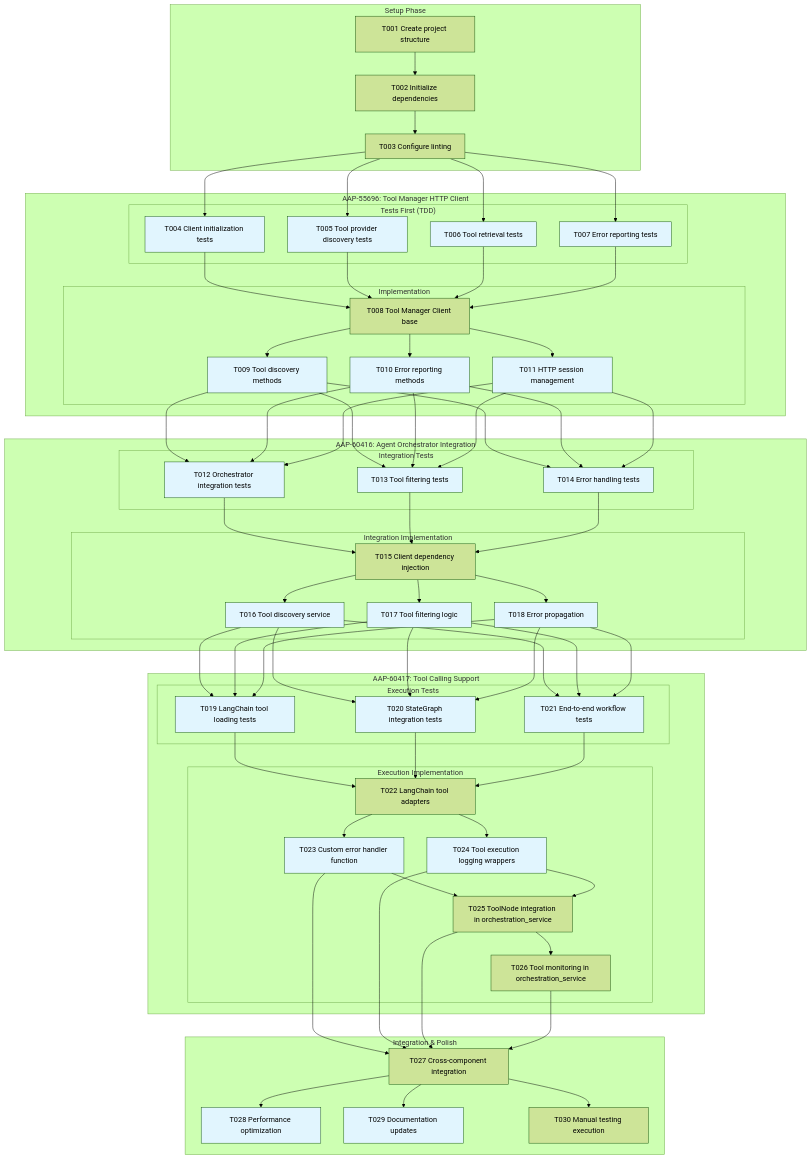
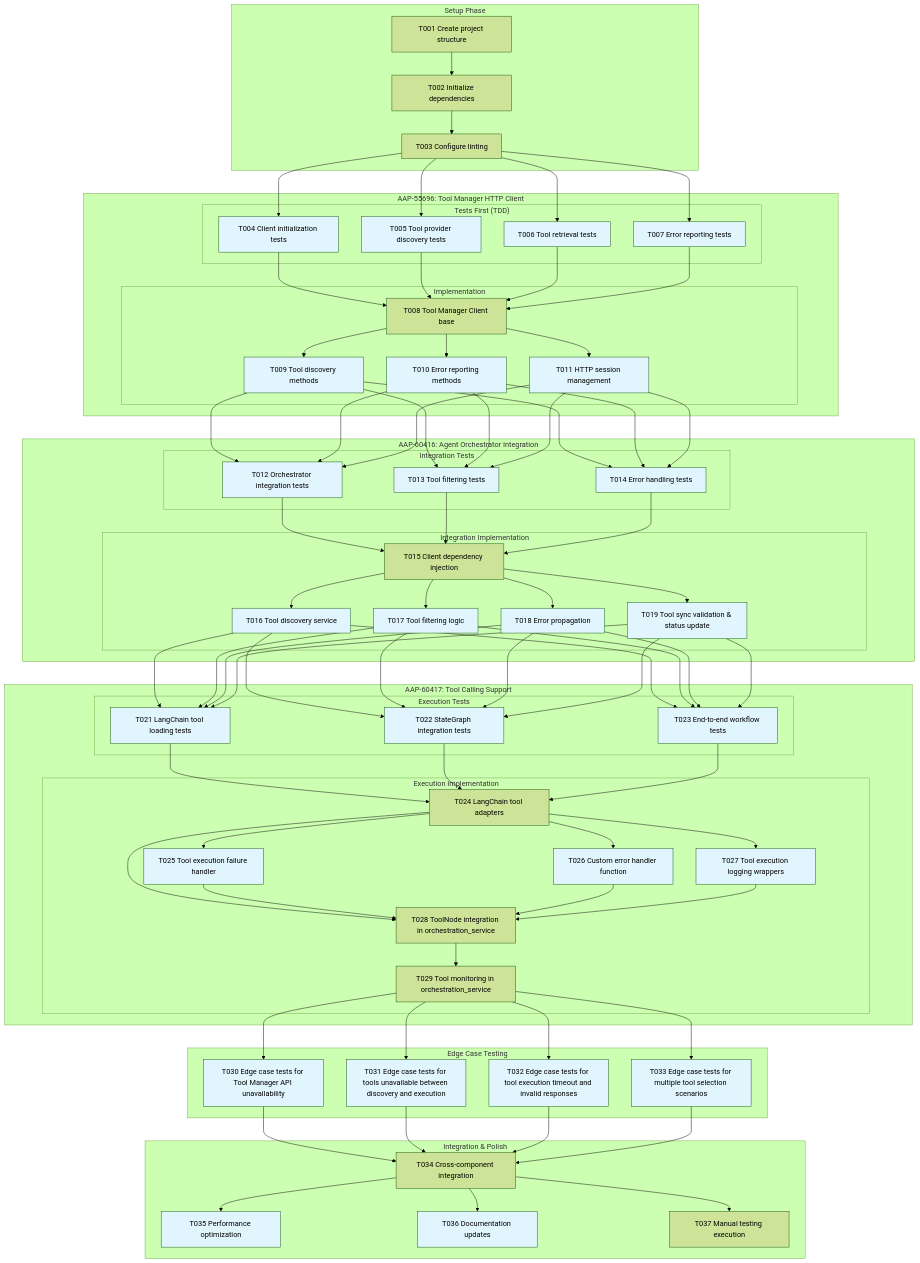
One commit to alinabuzachis/syntara changed the diagram in specs/020-agentic-task-execution/tasks.md. Above: the diagram before and after it, drawn with Mermaid (forest theme). The commit also changed other lines of this file and 4 other files, not shown here.

First line of the commit message:
docs: Update ToolManager integration specs for LangChain MCP client (#265)

````diff
--- a/specs/020-agentic-task-execution/tasks.md
+++ b/specs/020-agentic-task-execution/tasks.md
@@ -41,30 +41,39 @@
             T016[T016 Tool discovery service]
             T017[T017 Tool filtering logic]
             T018[T018 Error propagation]
+            T019[T019 Tool sync validation & status update]
         end
     end
 
     subgraph "AAP-60417: Tool Calling Support"
         subgraph "Execution Tests"
-            T019[T019 LangChain tool loading tests]
-            T020[T020 StateGraph integration tests]
-            T021[T021 End-to-end workflow tests]
+            T021[T021 LangChain tool loading tests]
+            T022[T022 StateGraph integration tests]
+            T023[T023 End-to-end workflow tests]
         end
 
         subgraph "Execution Implementation"
-            T022[T022 LangChain tool adapters]
-            T023[T023 Custom error handler function]
-            T024[T024 Tool execution logging wrappers]
-            T025[T025 ToolNode integration in orchestration_service]
-            T026[T026 Tool monitoring in orchestration_service]
+            T024[T024 LangChain tool adapters]
+            T025[T025 Tool execution failure handler]
+            T026[T026 Custom error handler function]
+            T027[T027 Tool execution logging wrappers]
+            T028[T028 ToolNode integration in orchestration_service]
+            T029[T029 Tool monitoring in orchestration_service]
         end
     end
 
+    subgraph "Edge Case Testing"
+        T030[T030 Edge case tests for Tool Manager API unavailability]
+        T031[T031 Edge case tests for tools unavailable between discovery and execution]
+        T032[T032 Edge case tests for tool execution timeout and invalid responses]
+        T033[T033 Edge case tests for multiple tool selection scenarios]
+    end
+
     subgraph "Integration & Polish"
-        T027[T027 Cross-component integration]
-        T028[T028 Performance optimization]
-        T029[T029 Documentation updates]
-        T030[T030 Manual testing execution]
+        T034[T034 Cross-component integration]
+        T035[T035 Performance optimization]
+        T036[T036 Documentation updates]
+        T037[T037 Manual testing execution]
     end
 
     %% Dependencies
@@ -74,16 +83,17 @@
     T008 --> T009 & T010 & T011
     T009 & T010 & T011 --> T012 & T013 & T014
     T012 & T013 & T014 --> T015
-    T015 --> T016 & T017 & T018
-    T016 & T017 & T018 --> T019 & T020 & T021
-    T019 & T020 & T021 --> T022
-    T022 --> T023 & T024
-    T023 & T024 --> T025
-    T025 --> T026
-    T023 & T024 & T025 & T026 --> T027
-    T027 --> T028 & T029 & T030
+    T015 --> T016 & T017 & T018 & T019
+    T016 & T017 & T018 & T019 --> T021 & T022 & T023
+    T021 & T022 & T023 --> T024
+    T024 --> T025 & T026 & T027
+    T024 & T025 & T026 & T027 --> T028
+    T028 --> T029
+    T029 --> T030 & T031 & T032 & T033
+    T030 & T031 & T032 & T033 --> T034
+    T034 --> T035 & T036 & T037
 
     %% Parallel execution indicators
     classDef parallel fill:#e1f5fe
-    class T004,T005,T006,T007,T009,T010,T011,T012,T013,T014,T016,T017,T018,T019,T020,T021,T023,T024,T028,T029 parallel
+    class T004,T005,T006,T007,T009,T010,T011,T012,T013,T014,T016,T017,T018,T019,T021,T022,T023,T025,T026,T027,T030,T031,T032,T033,T035,T036 parallel
 ```
````
